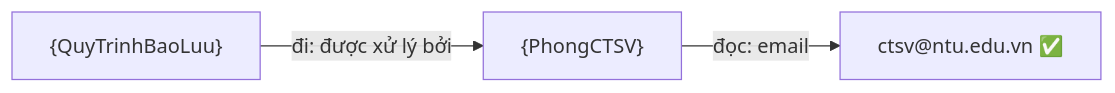
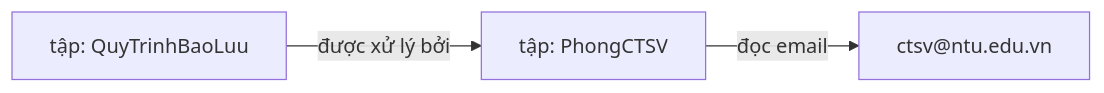
The fourth of 10 diagrams in docs/CONCEPT.md (vpthinh19/ontology-chatbot), drawn with Mermaid before and after one commit. The commit also changed other lines of this file, not shown here.

````diff
--- a/docs/CONCEPT.md
+++ b/docs/CONCEPT.md
@@ -226,4 +275,4 @@
 ```mermaid
 flowchart LR
-    S0["{QuyTrinhBaoLuu}"] -->|"đi: được xử lý bởi"| S1["{PhongCTSV}"] -->|"đọc: email"| S2["ctsv@ntu.edu.vn ✅"]
+    S0["tập: QuyTrinhBaoLuu"] -->|"được xử lý bởi"| S1["tập: PhongCTSV"] -->|"đọc email"| S2["ctsv@ntu.edu.vn"]
 ```
````
